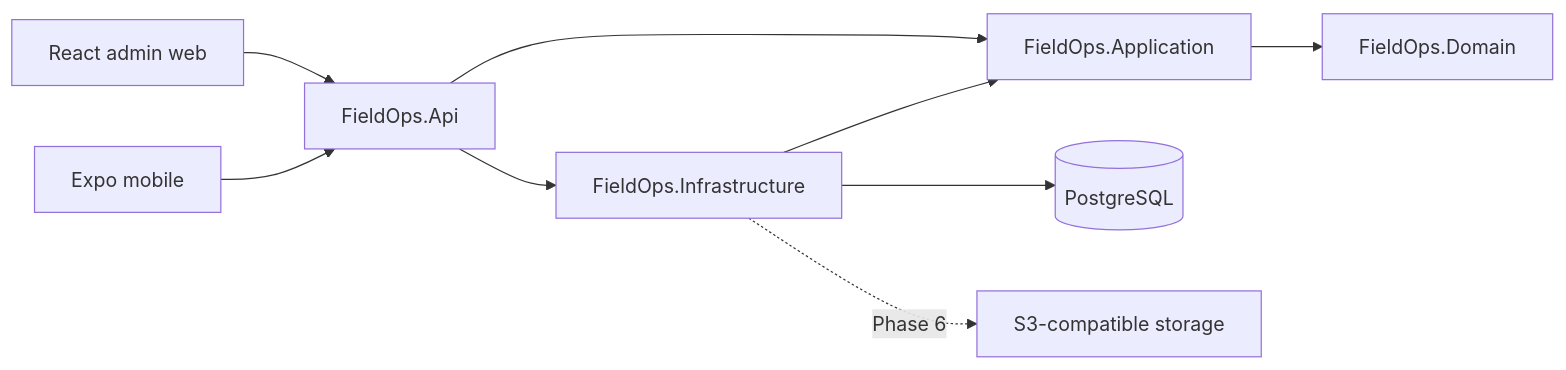
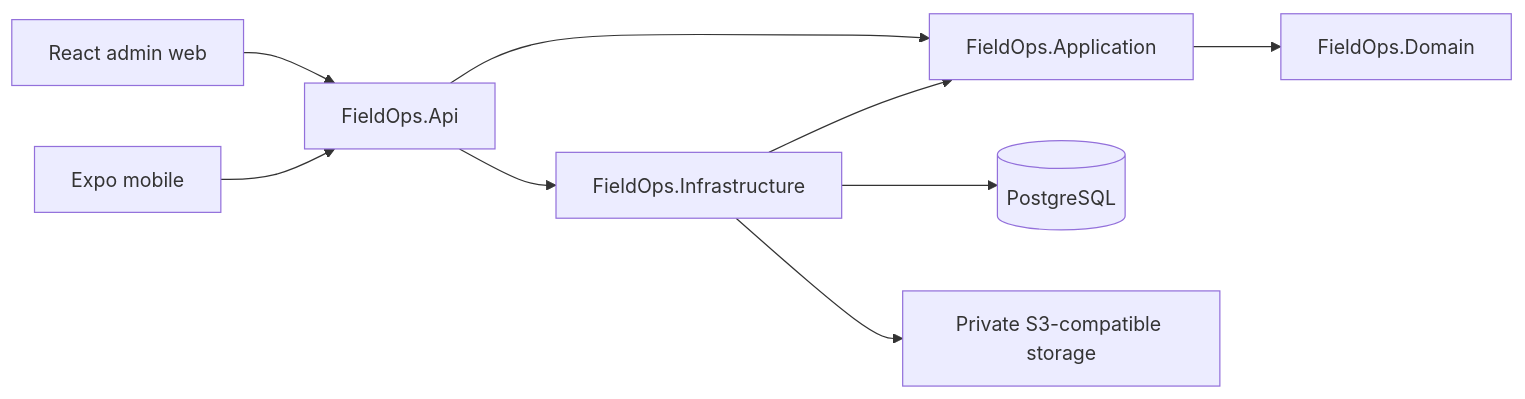
Before and after one commit to AlperAkgn/fieldops: the diagram in README.md, drawn with Mermaid. The commit also changed 93 other files, not shown here.

````diff
--- a/README.md
+++ b/README.md
@@ -49,11 +49,11 @@
 ```mermaid
 flowchart LR
     Web[React admin web] --> API[FieldOps.Api]
     Mobile[Expo mobile] --> API
     API --> Application[FieldOps.Application]
     Application --> Domain[FieldOps.Domain]
     API --> Infrastructure[FieldOps.Infrastructure]
     Infrastructure --> Application
     Infrastructure --> PostgreSQL[(PostgreSQL)]
-    Infrastructure -. Phase 6 .-> Storage[S3-compatible storage]
+    Infrastructure --> Storage[Private S3-compatible storage]
 ```
````
